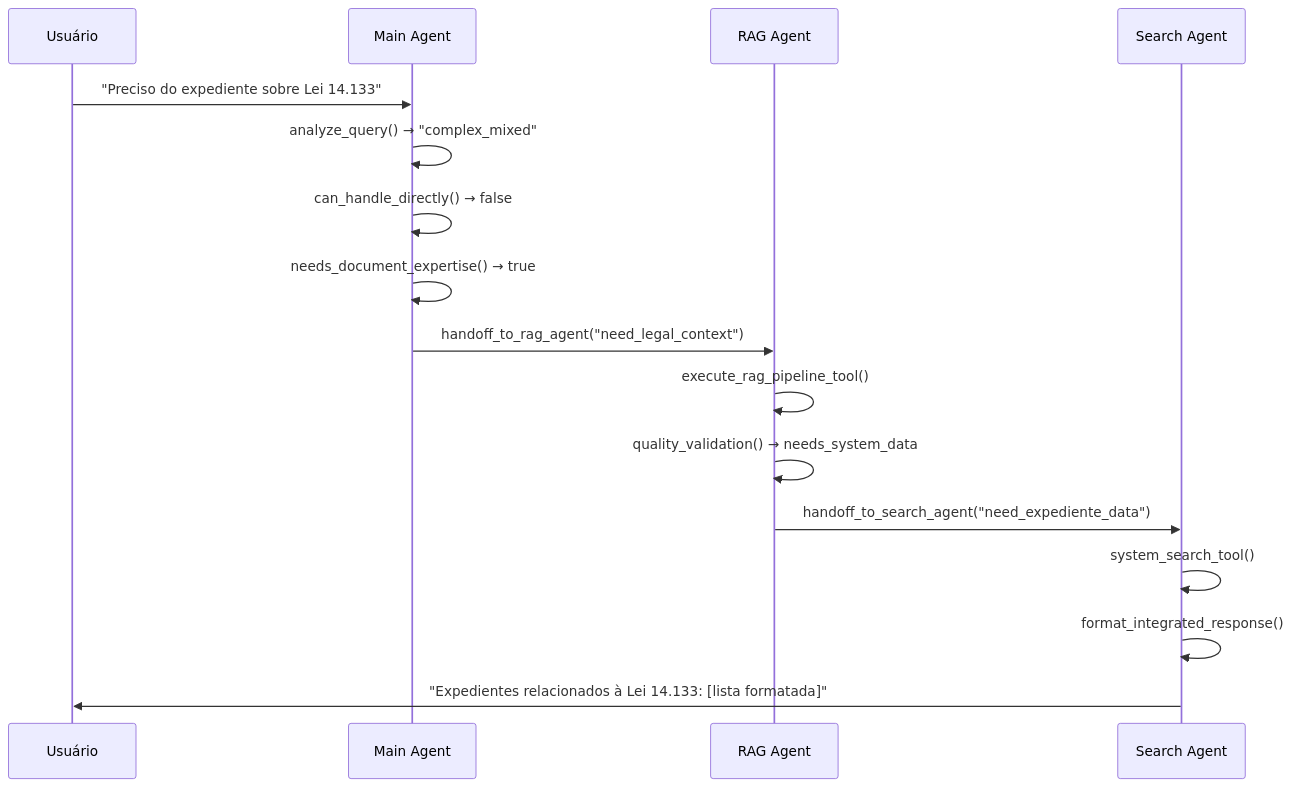
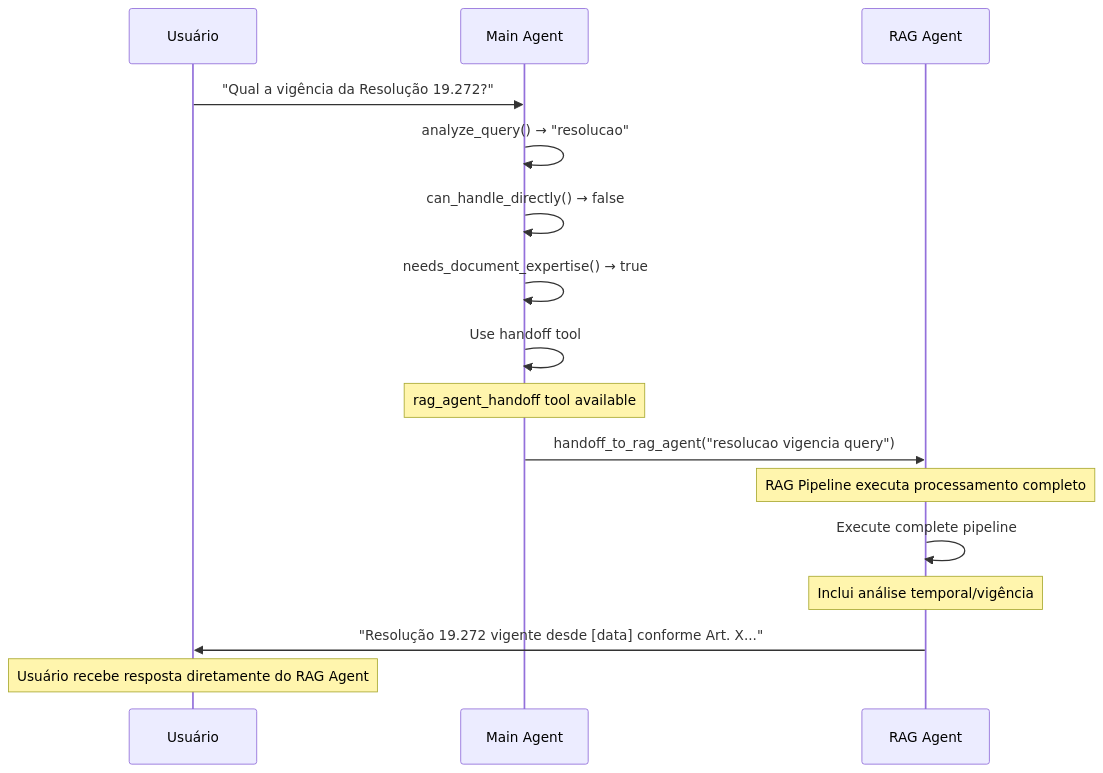
One commit to jgabriellima/coagent01-graph changed diagram 16 of 18 in docs/tce_swarm/ARCHITECTURE_COMPLETE.md. Above: the diagram before and after it, drawn with Mermaid. The commit also changed other lines of this file and 13 other files, not shown here.

First line of the commit message:
feat: Update TCE-PA architecture and documentation

````diff
--- a/docs/tce_swarm/ARCHITECTURE_COMPLETE.md
+++ b/docs/tce_swarm/ARCHITECTURE_COMPLETE.md
@@ -1563,25 +1558,25 @@
 ```mermaid
 sequenceDiagram
     participant U as Usuário
     participant M as Main Agent
     participant R as RAG Agent
-    participant S as Search Agent
     
-    U->>M: "Preciso do expediente sobre Lei 14.133"
+    U->>M: "Qual a vigência da Resolução 19.272?"
     
-    M->>M: analyze_query() → "complex_mixed"
+    M->>M: analyze_query() → "resolucao"
     M->>M: can_handle_directly() → false
     M->>M: needs_document_expertise() → true
     
-    M->>R: handoff_to_rag_agent("need_legal_context")
+    M->>M: Use handoff tool
+    Note over M: rag_agent_handoff tool available
     
-    R->>R: execute_rag_pipeline_tool()
-    R->>R: quality_validation() → needs_system_data
+    M->>R: handoff_to_rag_agent("resolucao vigencia query")
     
-    R->>S: handoff_to_search_agent("need_expediente_data")
+         Note over R: RAG Pipeline executa processamento completo
+    R->>R: Execute complete pipeline
+    Note over R: Inclui análise temporal/vigência
     
-    S->>S: system_search_tool()
-    S->>S: format_integrated_response()
+    R->>U: "Resolução 19.272 vigente desde [data] conforme Art. X..."
     
-    S->>U: "Expedientes relacionados à Lei 14.133: [lista formatada]"
+    Note over U: Usuário recebe resposta diretamente do RAG Agent
 ```
````
